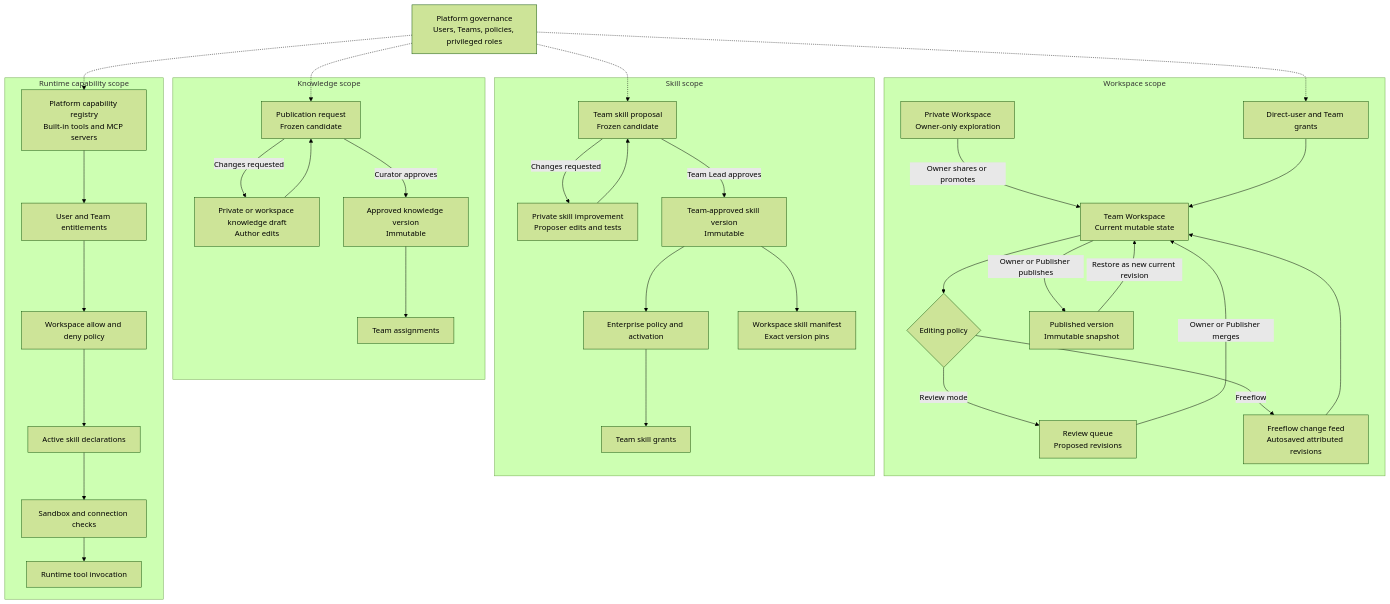
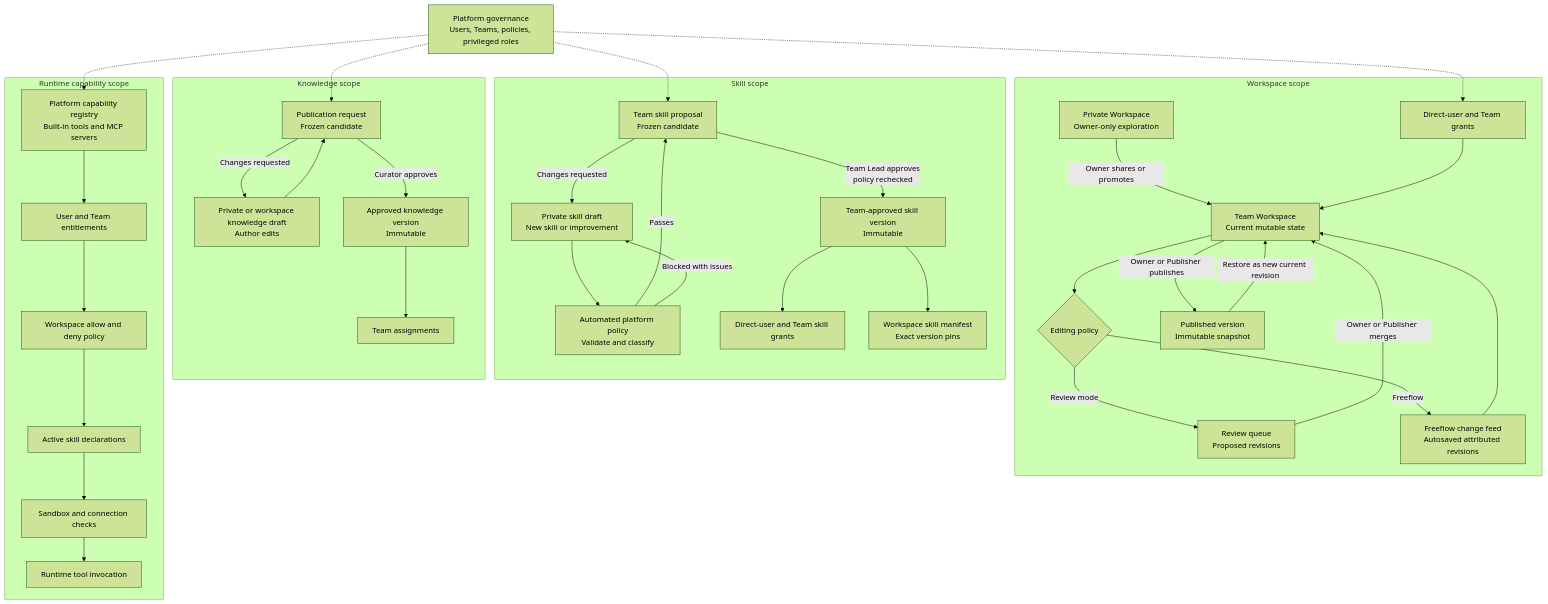
One commit to plc1220/HelpUDoc changed the first of 6 diagrams in docs/unified-governance-and-role-model-spec.md. Above: the diagram before and after it, drawn with Mermaid (forest theme). The commit also changed other lines of this file and 1 other file, not shown here.

````diff
--- a/docs/unified-governance-and-role-model-spec.md
+++ b/docs/unified-governance-and-role-model-spec.md
@@ -174,72 +174,73 @@
 ```mermaid
 flowchart TB
     PA["Platform governance<br/>Users, Teams, policies, privileged roles"]
 
     subgraph W["Workspace scope"]
         PW["Private Workspace<br/>Owner-only exploration"]
         TW["Team Workspace<br/>Current mutable state"]
         EP{"Editing policy"}
         RQ["Review queue<br/>Proposed revisions"]
         CF["Freeflow change feed<br/>Autosaved attributed revisions"]
         PV["Published version<br/>Immutable snapshot"]
         WA["Direct-user and Team grants"]
 
         PW -->|"Owner shares or promotes"| TW
         TW --> EP
         EP -->|"Review mode"| RQ
         RQ -->|"Owner or Publisher merges"| TW
         EP -->|"Freeflow"| CF
         CF --> TW
         TW -->|"Owner or Publisher publishes"| PV
         PV -->|"Restore as new current revision"| TW
         WA --> TW
     end
 
     subgraph S["Skill scope"]
-        SD["Private skill improvement<br/>Proposer edits and tests"]
+        SD["Private skill draft<br/>New skill or improvement"]
+        SP["Automated platform policy<br/>Validate and classify"]
         SR["Team skill proposal<br/>Frozen candidate"]
         SV["Team-approved skill version<br/>Immutable"]
-        EA["Enterprise policy and activation"]
-        ST["Team skill grants"]
+        ST["Direct-user and Team skill grants"]
         WM["Workspace skill manifest<br/>Exact version pins"]
 
-        SD --> SR
-        SR -->|"Team Lead approves"| SV
+        SD --> SP
+        SP -->|"Passes"| SR
+        SP -->|"Blocked with issues"| SD
+        SR -->|"Team Lead approves<br/>policy rechecked"| SV
         SR -->|"Changes requested"| SD
-        SV --> EA
-        EA --> ST
+        SV --> ST
         SV --> WM
     end
 
     subgraph K["Knowledge scope"]
         KD["Private or workspace knowledge draft<br/>Author edits"]
         KR["Publication request<br/>Frozen candidate"]
         KV["Approved knowledge version<br/>Immutable"]
         KG["Team assignments"]
 
         KD --> KR
         KR -->|"Curator approves"| KV
         KR -->|"Changes requested"| KD
         KV --> KG
     end
 
     subgraph R["Runtime capability scope"]
         RC["Platform capability registry<br/>Built-in tools and MCP servers"]
         RE["User and Team entitlements"]
         RW["Workspace allow and deny policy"]
         RS["Active skill declarations"]
         RX["Sandbox and connection checks"]
         RT["Runtime tool invocation"]
 
         RC --> RE
         RE --> RW
         RW --> RS
         RS --> RX
         RX --> RT
     end
 
     PA -.-> WA
     PA -.-> SR
     PA -.-> KR
     PA -.-> RC
 ```
````
